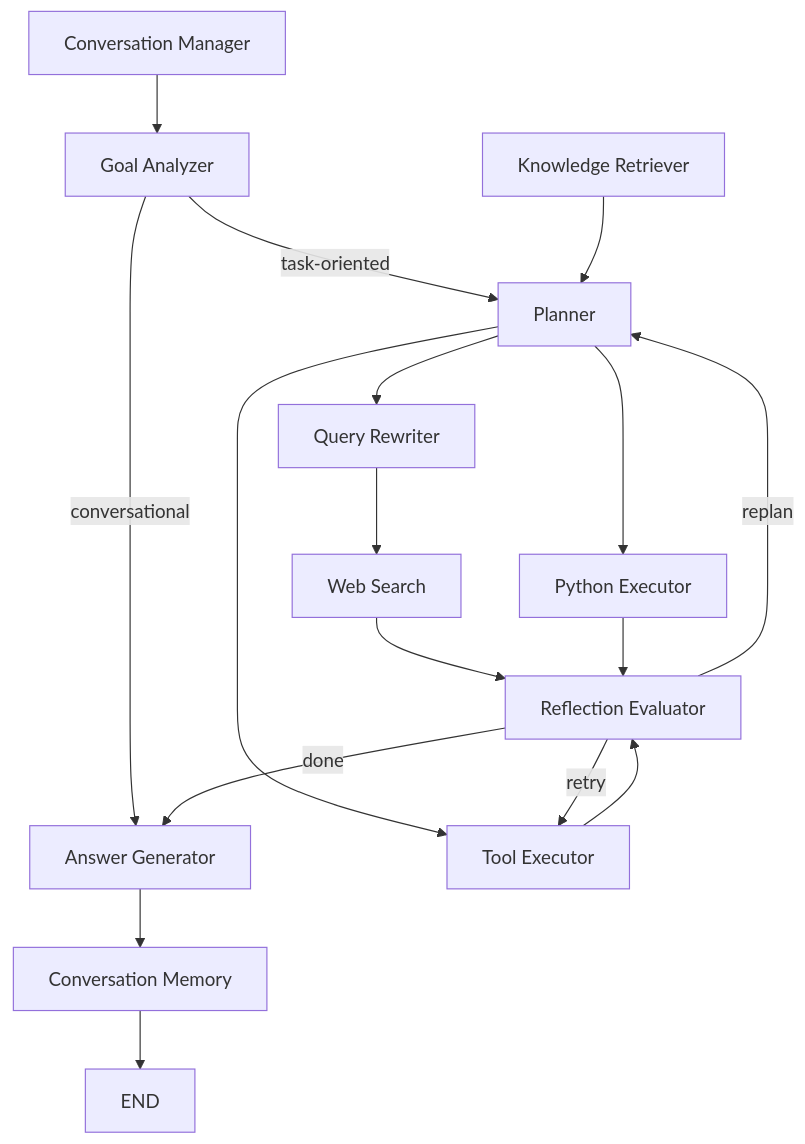
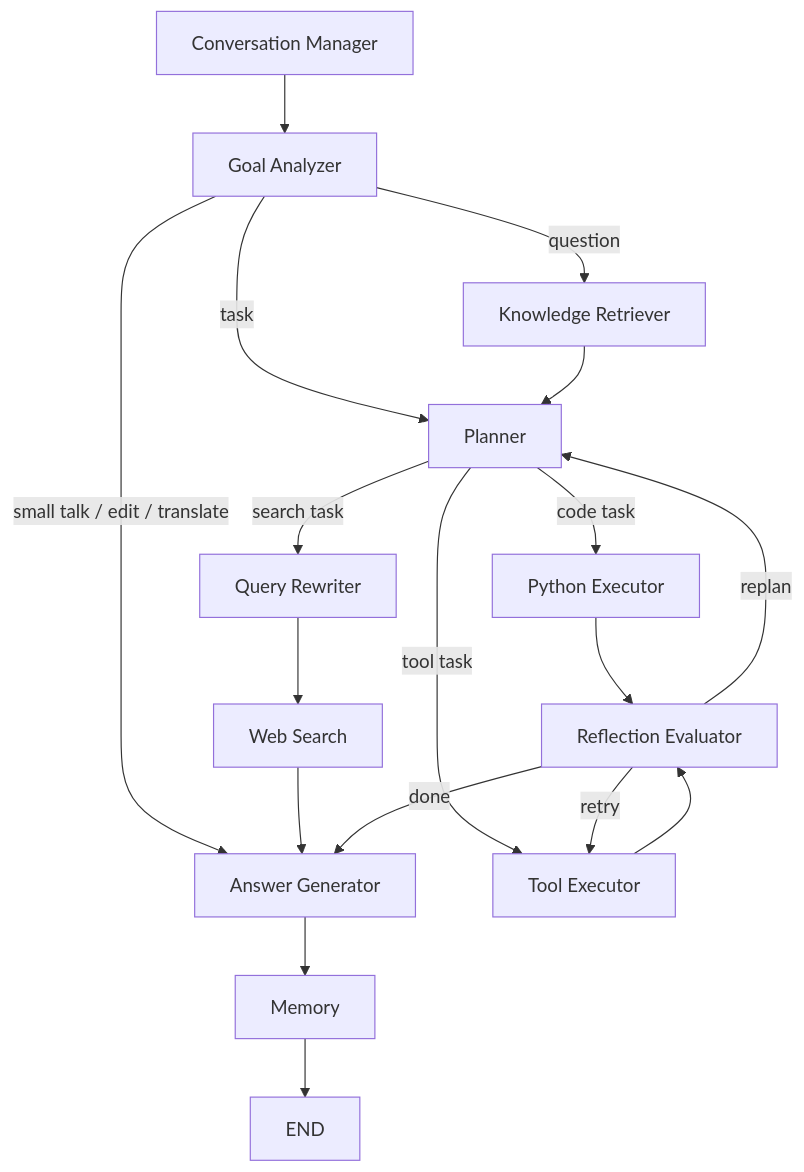
The diagram in README.md (syp0988-dotcom/OmniForge), drawn with Mermaid before and after one commit. The commit also changed other lines of this file and 1 other file, not shown here.

````diff
--- a/README.md
+++ b/README.md
@@ -32,17 +71,17 @@
 ```mermaid
 flowchart TD
     CM[Conversation Manager] --> GA[Goal Analyzer]
-    GA -- conversational --> AG[Answer Generator]
-    GA -- task-oriented --> PL[Planner]
-    KR[Knowledge Retriever] --> PL
-    PL --> QW[Query Rewriter] --> SE[Web Search]
-    PL --> PE[Python Executor]
-    PL --> TE[Tool Executor]
-    SE --> RF[Reflection Evaluator]
-    PE --> RF
+    GA -- small talk / edit / translate --> AG[Answer Generator]
+    GA -- question --> KB[Knowledge Retriever]
+    GA -- task --> PL[Planner]
+    KB --> PL
+    PL -- search task --> QR[Query Rewriter] --> SE[Web Search] --> AG
+    PL -- code task --> PY[Python Executor]
+    PL -- tool task --> TE[Tool Executor]
+    PY --> RF[Reflection Evaluator]
     TE --> RF
     RF -- replan --> PL
     RF -- retry --> TE
     RF -- done --> AG
-    AG --> MM[Conversation Memory] --> END
+    AG --> MM[Memory] --> END
 ```
````
